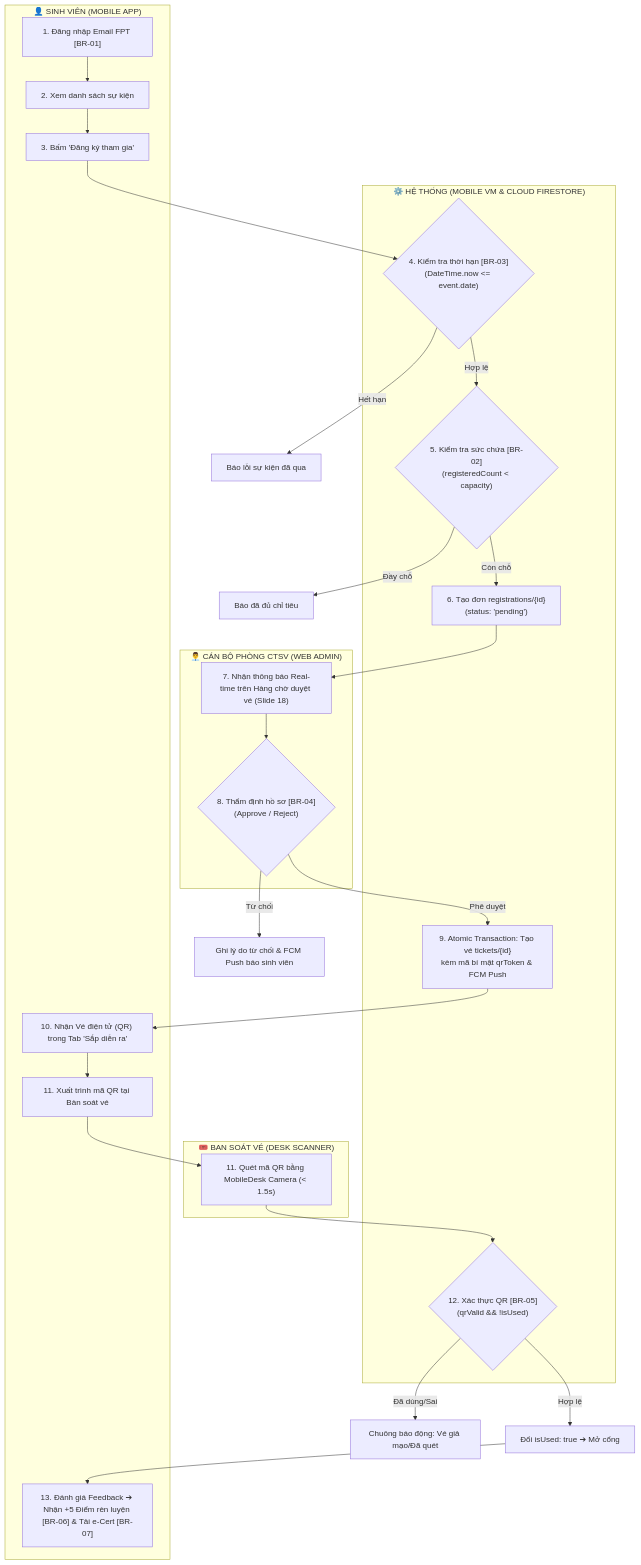
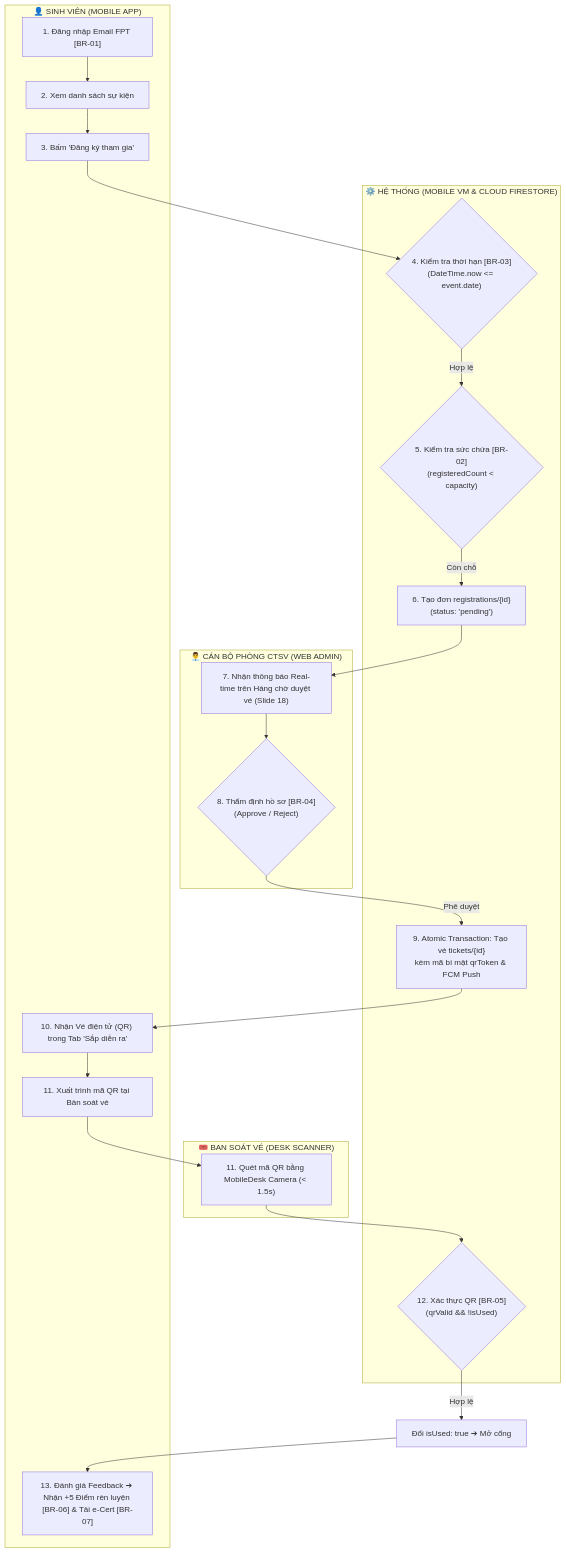
The first of 4 diagrams in docs/diagrams/SLIDE_DIAGRAMS_GUIDE.md (lqkhanh295/PRM393_Lab03_SE193989), drawn with Mermaid before and after one commit. The commit also changed other lines of this file and 15 other files, not shown here.

Commit message:
docs(diagrams): complete all 12 diagrams for Guideline V11 including Slide 11, 16, 17, 21

````diff
--- a/docs/diagrams/SLIDE_DIAGRAMS_GUIDE.md
+++ b/docs/diagrams/SLIDE_DIAGRAMS_GUIDE.md
@@ -46,42 +54,38 @@
 ```mermaid
 flowchart TD
     subgraph Sinh_Vien ["👤 SINH VIÊN (MOBILE APP)"]
         A1["1. Đăng nhập Email FPT [BR-01]"] --> A2["2. Xem danh sách sự kiện"]
         A2 --> A3["3. Bấm 'Đăng ký tham gia'"]
         A10["10. Nhận Vé điện tử (QR) trong Tab 'Sắp diễn ra'"] --> A11["11. Xuất trình mã QR tại Bàn soát vé"]
         A13["13. Đánh giá Feedback ➔ Nhận +5 Điểm rèn luyện [BR-06] & Tải e-Cert [BR-07]"]
     end
 
     subgraph He_Thong ["⚙️ HỆ THỐNG (MOBILE VM & CLOUD FIRESTORE)"]
         B4{"4. Kiểm tra thời hạn [BR-03]\n(DateTime.now <= event.date)"}
         B5{"5. Kiểm tra sức chứa [BR-02]\n(registeredCount < capacity)"}
         B6["6. Tạo đơn registrations/{id}\n(status: 'pending')"]
         B9["9. Atomic Transaction: Tạo vé tickets/{id}\nkèm mã bí mật qrToken & FCM Push"]
         B12{"12. Xác thực QR [BR-05]\n(qrValid && !isUsed)"}
     end
 
     subgraph Can_Bo_CTSV ["👨‍💼 CÁN BỘ PHÒNG CTSV (WEB ADMIN)"]
         C7["7. Nhận thông báo Real-time trên Hàng chờ duyệt vé (Slide 18)"]
         C8{"8. Thẩm định hồ sơ [BR-04]\n(Approve / Reject)"}
     end
 
     subgraph Ban_Soat_Ve ["🎟️ BAN SOÁT VÉ (DESK SCANNER)"]
         D11["11. Quét mã QR bằng MobileDesk Camera (< 1.5s)"]
     end
 
     A3 --> B4
     B4 -- Hợp lệ --> B5
-    B4 -- Hết hạn --> ERR1["Báo lỗi sự kiện đã qua"]
     B5 -- Còn chỗ --> B6
-    B5 -- Đầy chỗ --> ERR2["Báo đã đủ chỉ tiêu"]
     B6 --> C7
     C7 --> C8
     C8 -- Phê duyệt --> B9
-    C8 -- Từ chối --> REJ["Ghi lý do từ chối & FCM Push báo sinh viên"]
     B9 --> A10
     A11 --> D11
     D11 --> B12
     B12 -- Hợp lệ --> SUC["Đổi isUsed: true ➔ Mở cổng"]
-    B12 -- Đã dùng/Sai --> WARN["Chuông báo động: Vé giả mạo/Đã quét"]
     SUC --> A13
 ```
````
